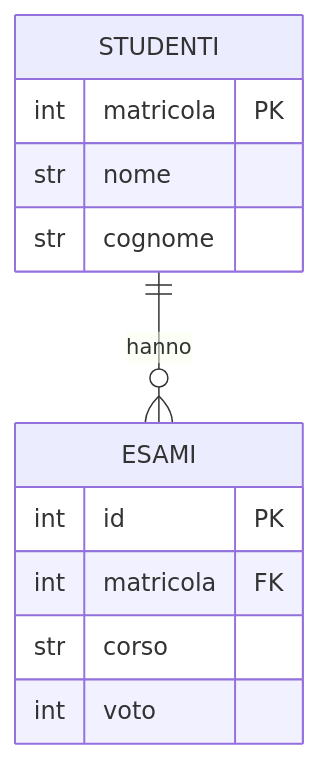
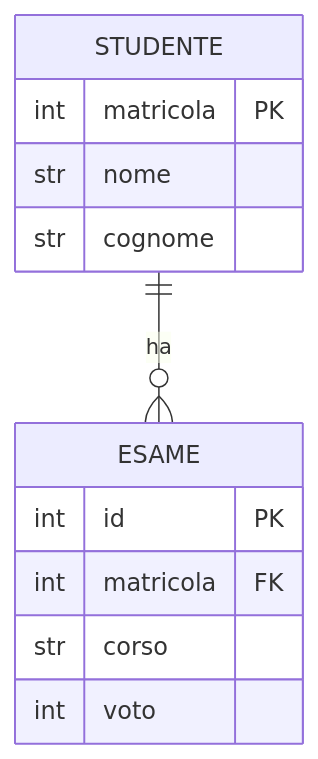
One commit to LucaPontellini/Homepage changed the diagram in Computer_science/New_exercises_with_database/Mermaid/Pontellini_004.md. Above: the diagram before and after it, drawn with Mermaid. The commit also changed 2 other files, not shown here.

````diff
--- a/Computer_science/New_exercises_with_database/Mermaid/Pontellini_004.md
+++ b/Computer_science/New_exercises_with_database/Mermaid/Pontellini_004.md
@@ -24,18 +24,18 @@
 ```mermaid
 
 erDiagram
-    STUDENTI {
+    STUDENTE {
       int matricola PK
       str nome
       str cognome
     }
 
-    ESAMI {
+    ESAME {
       int id PK
       int matricola FK
       str corso
       int voto
     }
 
-    STUDENTI ||--o{ ESAMI : hanno
+    STUDENTE ||--o{ ESAME : ha
 ```
````
